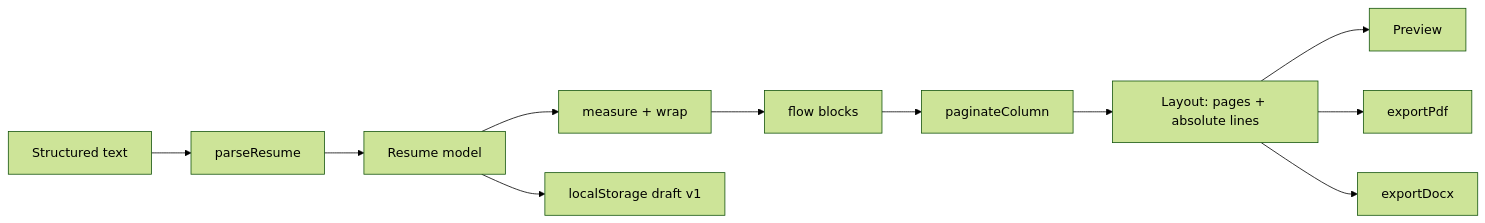
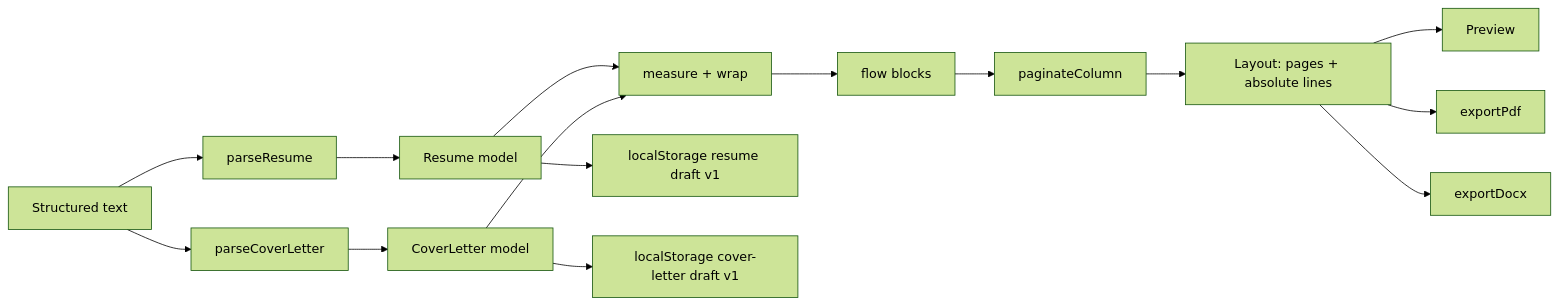
Before and after one commit to sparshsam/openresume: the diagram in ARCHITECTURE.md, drawn with Mermaid (forest theme). The commit also changed other lines of this file and 49 other files, not shown here.

First line of the commit message:
feat: release v0.1.3 with cover letter builder

````diff
--- a/ARCHITECTURE.md
+++ b/ARCHITECTURE.md
@@ -18,13 +20,17 @@
 ```mermaid
 flowchart LR
   A[Structured text] --> B[parseResume]
+  A --> L[parseCoverLetter]
   B --> C[Resume model]
+  L --> M[CoverLetter model]
   C --> D[measure + wrap]
+  M --> D
   D --> E[flow blocks]
   E --> F[paginateColumn]
   F --> G[Layout: pages + absolute lines]
   G --> H[Preview]
   G --> I[exportPdf]
   G --> J[exportDocx]
-  C --> K[localStorage draft v1]
+  C --> K[localStorage resume draft v1]
+  M --> N[localStorage cover-letter draft v1]
 ```
````
